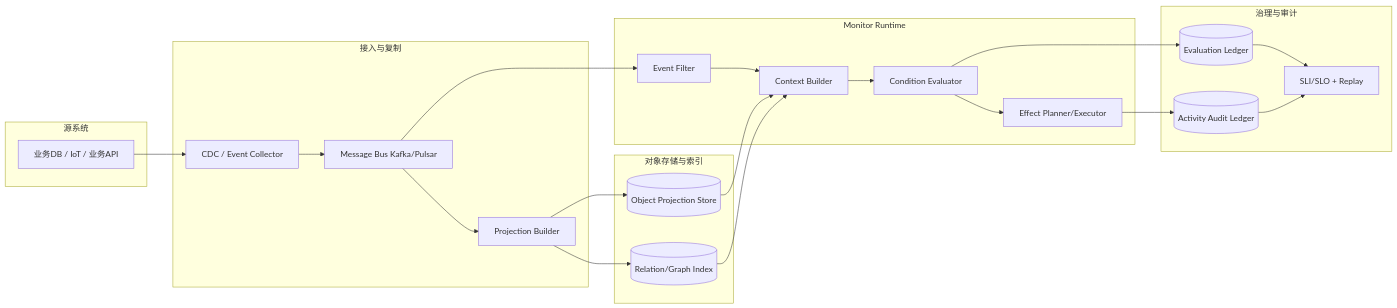
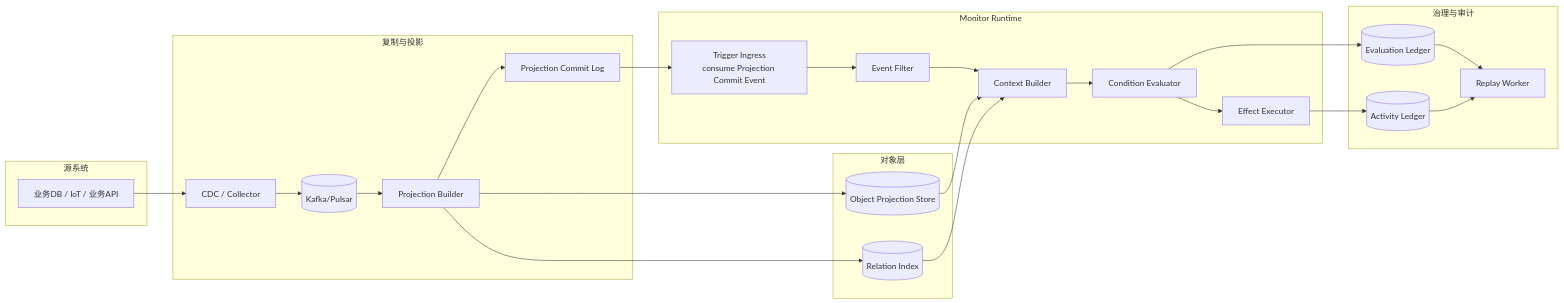
Before and after one commit to littleDrew/ontology: the fourth of 5 diagrams in docs/object_monitor/object_monitor_design_general.md, drawn with Mermaid. The commit also changed other lines of this file, not shown here.

````diff
--- a/docs/object_monitor/object_monitor_design_general.md
+++ b/docs/object_monitor/object_monitor_design_general.md
@@ -642,41 +549,45 @@
 ```mermaid
 flowchart LR
     subgraph SRC[源系统]
       S1[业务DB / IoT / 业务API]
     end
 
-    subgraph ING[接入与复制]
-      I1[CDC / Event Collector]
-      I2[Message Bus Kafka/Pulsar]
+    subgraph ING[复制与投影]
+      I1[CDC / Collector]
+      I2[(Kafka/Pulsar)]
       I3[Projection Builder]
+      I4[Projection Commit Log]
     end
 
-    subgraph OBJ[对象存储与索引]
+    subgraph OBJ[对象层]
       O1[(Object Projection Store)]
-      O2[(Relation/Graph Index)]
+      O2[(Relation Index)]
     end
 
     subgraph RT[Monitor Runtime]
-      R1[Event Filter]
-      R2[Context Builder]
-      R3[Condition Evaluator]
-      R4[Effect Planner/Executor]
+      R1[Trigger Ingress
+consume Projection Commit Event]
+      R2[Event Filter]
+      R3[Context Builder]
+      R4[Condition Evaluator]
+      R5[Effect Executor]
     end
 
     subgraph GOV[治理与审计]
       G1[(Evaluation Ledger)]
-      G2[(Activity Audit Ledger)]
-      G3[SLI/SLO + Replay]
+      G2[(Activity Ledger)]
+      G3[Replay Worker]
     end
 
     S1 --> I1 --> I2 --> I3
     I3 --> O1
     I3 --> O2
-    I2 --> R1 --> R2 --> R3 --> R4
-    O1 --> R2
-    O2 --> R2
-    R3 --> G1
-    R4 --> G2
+    I3 --> I4 --> R1
+    R1 --> R2 --> R3 --> R4 --> R5
+    O1 --> R3
+    O2 --> R3
+    R4 --> G1
+    R5 --> G2
     G1 --> G3
     G2 --> G3
 ```
````
